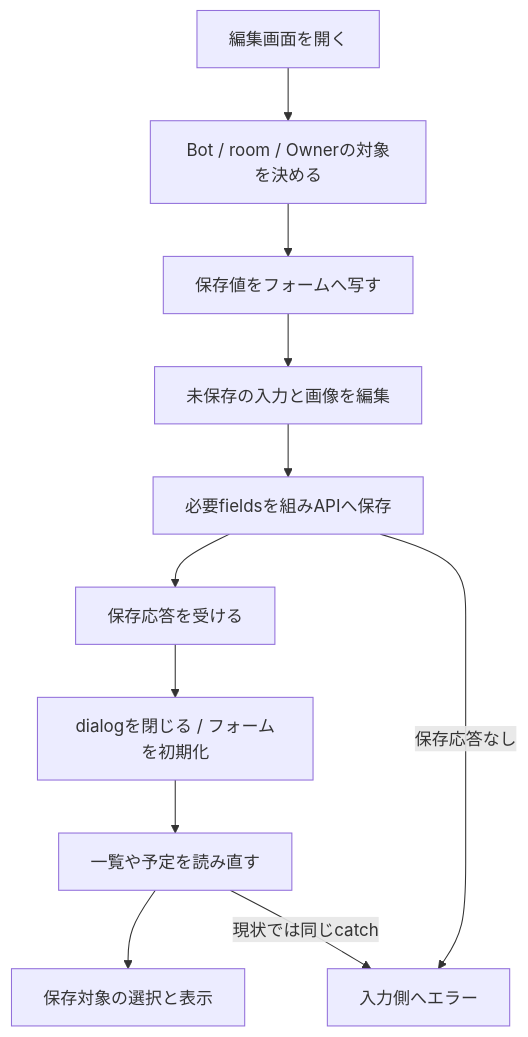
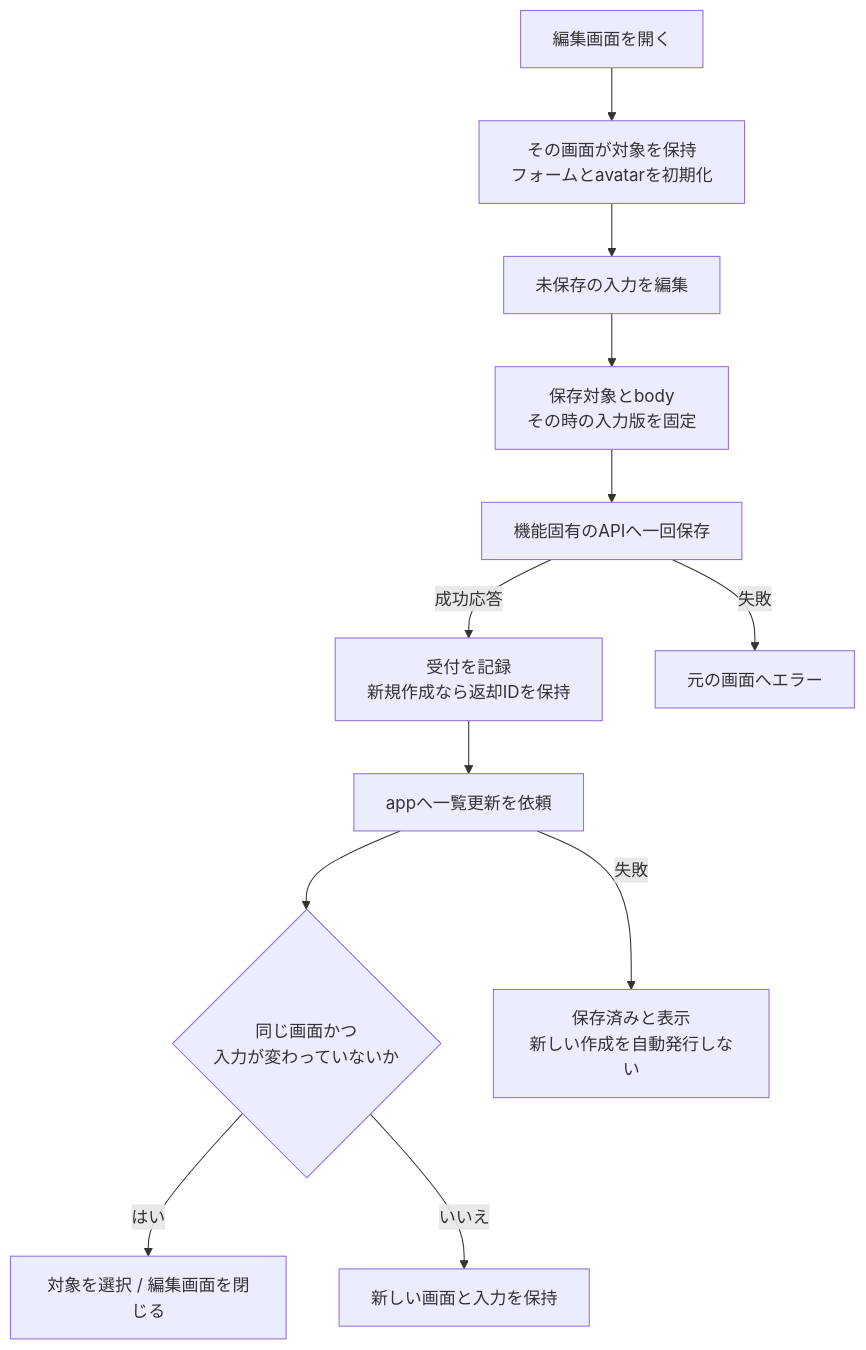
The first of 4 diagrams in docs/architecture/web-management-details.md (kitepon/BellTeam), drawn with Mermaid before and after one commit. The commit also changed other lines of this file and 18 other files, not shown here.

````diff
--- a/docs/architecture/web-management-details.md
+++ b/docs/architecture/web-management-details.md
@@ -7,13 +7,14 @@
 ```mermaid
 flowchart TD
-  Open["編集画面を開く"] --> Target["Bot / room / Ownerの対象を決める"]
-  Target --> Form["保存値をフォームへ写す"]
-  Form --> Local["未保存の入力と画像を編集"]
-  Local --> Submit["必要fieldsを組みAPIへ保存"]
-  Submit --> Saved["保存応答を受ける"]
-  Saved --> Close["dialogを閉じる / フォームを初期化"]
-  Close --> Reload["一覧や予定を読み直す"]
-  Reload --> Selection["保存対象の選択と表示"]
-  Submit -->|"保存応答なし"| Error["入力側へエラー"]
-  Reload -->|"現状では同じcatch"| Error
+  Open["編集画面を開く"] --> Target["その画面が対象を保持<br/>フォームとavatarを初期化"]
+  Target --> Edit["未保存の入力を編集"]
+  Edit --> Submit["保存対象とbody<br/>その時の入力版を固定"]
+  Submit --> API["機能固有のAPIへ一回保存"]
+  API -->|"成功応答"| Saved["受付を記録<br/>新規作成なら返却IDを保持"]
+  Saved --> Refresh["appへ一覧更新を依頼"]
+  Refresh --> Current{"同じ画面かつ<br/>入力が変わっていないか"}
+  Current -->|"はい"| Show["対象を選択 / 編集画面を閉じる"]
+  Current -->|"いいえ"| Keep["新しい画面と入力を保持"]
+  Refresh -->|"失敗"| ViewError["保存済みと表示<br/>新しい作成を自動発行しない"]
+  API -->|"失敗"| Error["元の画面へエラー"]
 ```
````
